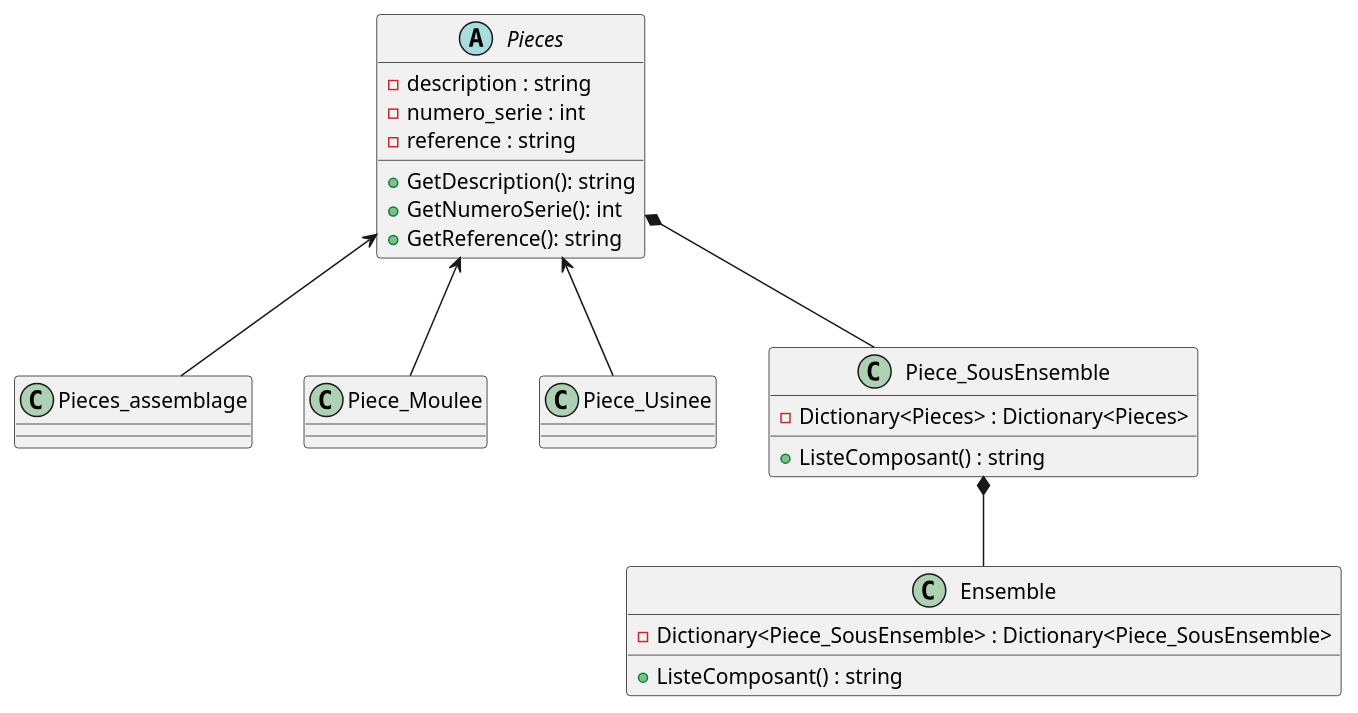
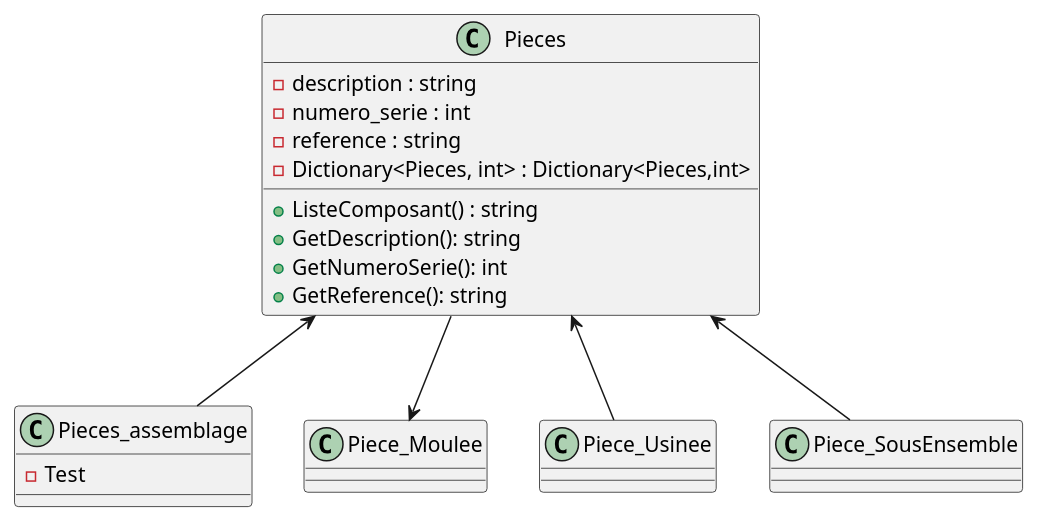
Before and after one commit to Thower56/Pieces: the diagram in Diagram.wsd, drawn with PlantUML. The commit also changed 50 other files, not shown here.

```diff
--- a/Diagram.wsd
+++ b/Diagram.wsd
@@ -1,41 +1,32 @@
-@startuml
+@startuml diagram
 
-abstract class Pieces
+class Pieces
 {
     -description : string
     -numero_serie : int
     -reference : string
+    -Dictionary<Pieces, int> : Dictionary<Pieces,int>
+    +ListeComposant() : string
     +GetDescription(): string
     +GetNumeroSerie(): int
     +GetReference(): string
 }
 
 class Pieces_assemblage
+{
+    -Test
+}
 
 class Piece_Moulee
 
 class Piece_Usinee
 
-Pieces <-- Piece_Moulee
+class Piece_SousEnsemble
+
+Pieces --> Piece_Moulee
 Pieces <-- Pieces_assemblage
 Pieces <-- Piece_Usinee
-Pieces *-- Piece_SousEnsemble
-Piece_SousEnsemble *-- Ensemble
-
-
-class Piece_SousEnsemble
-{
-    -Dictionary<Pieces> : Dictionary<Pieces>
-    +ListeComposant() : string
-
-}
-
-class Ensemble
-{
-    -Dictionary<Piece_SousEnsemble> : Dictionary<Piece_SousEnsemble>
-    +ListeComposant() : string
-}
-
+Pieces <-- Piece_SousEnsemble
 
 
 @enduml
```
